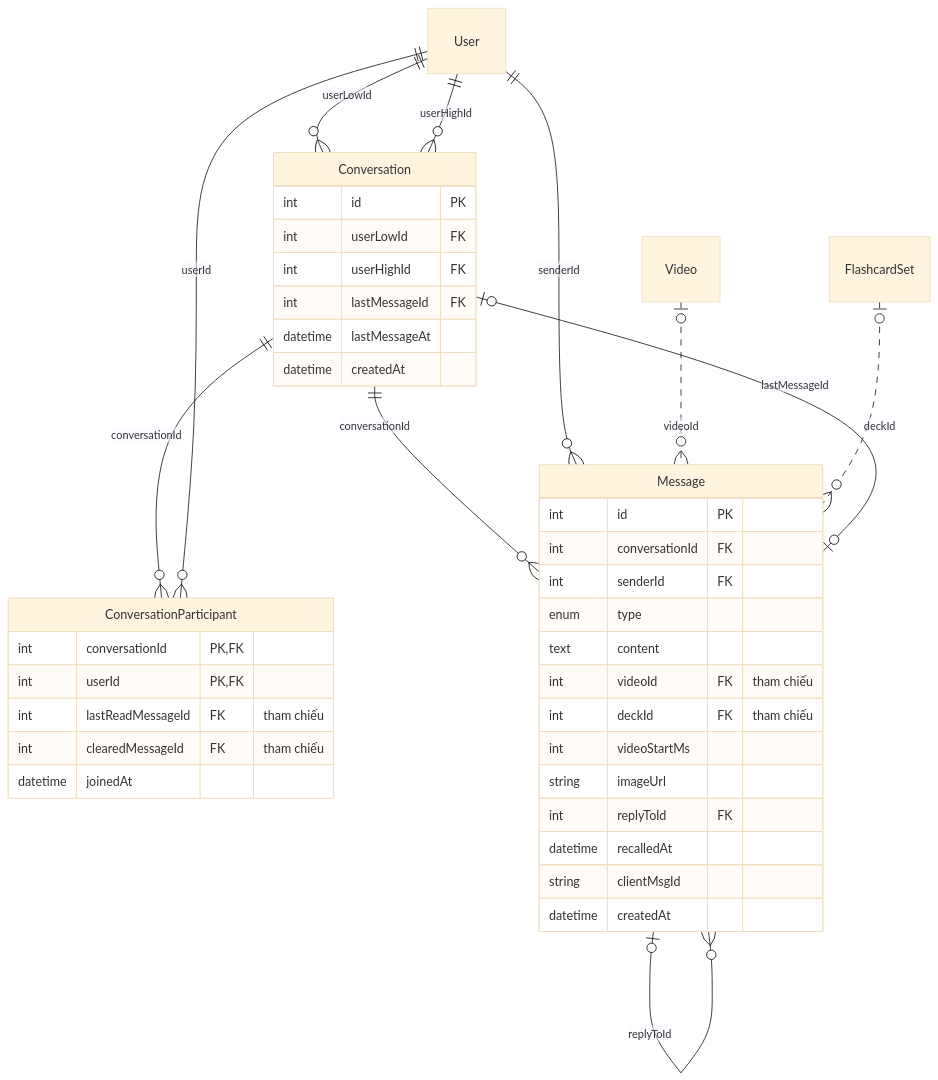
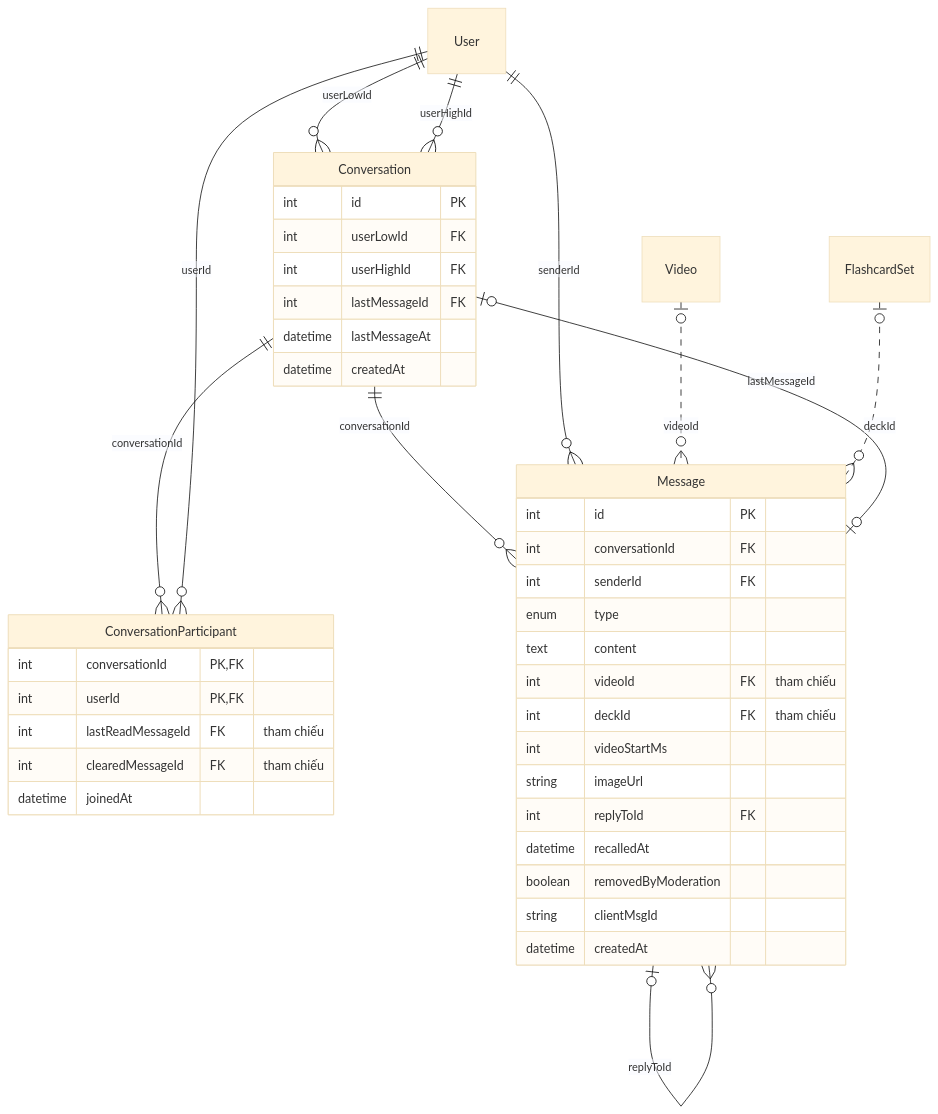
One commit to loccol9696/Japanese-Learning-Social-Platform changed diagram 12 of 21 in docs/erd/README.md. Above: the diagram before and after it, drawn with Mermaid (base theme). The commit also changed other lines of this file, not shown here.

Commit message:
docs(erd): cập nhật bảng và enum cho báo cáo, khóa tài khoản, thông báo

````diff
--- a/docs/erd/README.md
+++ b/docs/erd/README.md
@@ -472,43 +474,44 @@
 ```mermaid
 erDiagram
     Conversation {
         int id PK
         int userLowId FK
         int userHighId FK
         int lastMessageId FK
         datetime lastMessageAt
         datetime createdAt
     }
     ConversationParticipant {
         int conversationId PK, FK
         int userId PK, FK
         int lastReadMessageId FK "tham chiếu"
         int clearedMessageId FK "tham chiếu"
         datetime joinedAt
     }
     Message {
         int id PK
         int conversationId FK
         int senderId FK
         enum type
         text content
         int videoId FK "tham chiếu"
         int deckId FK "tham chiếu"
         int videoStartMs
         string imageUrl
         int replyToId FK
         datetime recalledAt
+        boolean removedByModeration
         string clientMsgId
         datetime createdAt
     }
     User ||--o{ Conversation : userLowId
     User ||--o{ Conversation : userHighId
     Conversation ||--o{ Message : conversationId
     User ||--o{ Message : senderId
     Message |o--o{ Message : replyToId
     Message |o--o| Conversation : lastMessageId
     Conversation ||--o{ ConversationParticipant : conversationId
     User ||--o{ ConversationParticipant : userId
     Video |o..o{ Message : videoId
     FlashcardSet |o..o{ Message : deckId
 ```
````
